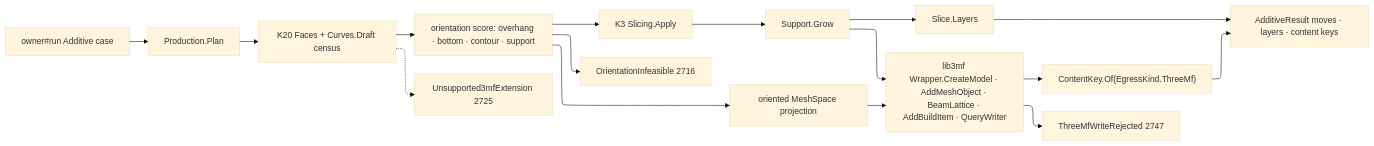
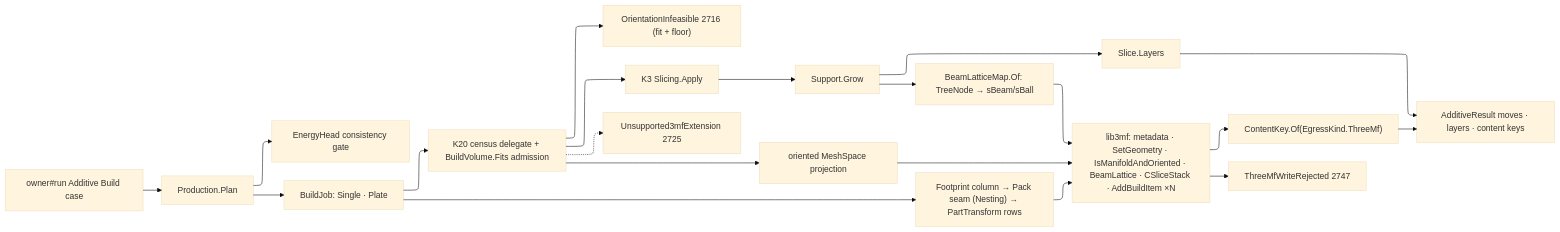
Before and after one commit to bsamiee/Rasm: the diagram in libs/csharp/Rasm.Fabrication/.planning/Additive/production.md, drawn with Mermaid. The commit also changed other lines of this file and 79 other files, not shown here.

First line of the commit message:
snapshot: rebuild run mid-Build (impl landed, crit running) + fleet telemetry retrofit + rebuild-next observation fixes

````diff
--- a/libs/csharp/Rasm.Fabrication/.planning/Additive/production.md
+++ b/libs/csharp/Rasm.Fabrication/.planning/Additive/production.md
@@ -258,23 +390,27 @@
 ```mermaid
 ---
 config:
   layout: elk
   theme: base
 ---
 flowchart LR
-    Input["owner#run Additive case"] --> Plan["Production.Plan"]
-    Plan --> Orient["K20 Faces + Curves.Draft census"]
-    Orient --> Select["orientation score: overhang · bottom · contour · support"]
-    Select --> SliceOp["K3 Slicing.Apply"]
+    Input["owner#run Additive Build case"] --> Plan["Production.Plan"]
+    Plan --> Head["EnergyHead consistency gate"]
+    Plan --> Job["BuildJob: Single · Plate"]
+    Job --> Orient["K20 census delegate + BuildVolume.Fits admission"]
+    Orient --> Reject["OrientationInfeasible 2716 (fit + floor)"]
+    Orient --> SliceOp["K3 Slicing.Apply"]
     SliceOp --> Support["Support.Grow"]
     Support --> Layers["Slice.Layers"]
-    Select --> Mesh["oriented MeshSpace projection"]
-    Mesh --> Writer["lib3mf Wrapper.CreateModel · AddMeshObject · BeamLattice · AddBuildItem · QueryWriter"]
-    Support --> Writer
+    Support --> Lattice["BeamLatticeMap.Of: TreeNode → sBeam/sBall"]
+    Job --> Packed["Footprint column → Pack seam (Nesting) → PartTransform rows"]
+    Orient --> Mesh["oriented MeshSpace projection"]
+    Mesh --> Writer["lib3mf: metadata · SetGeometry · IsManifoldAndOriented · BeamLattice · CSliceStack · AddBuildItem ×N"]
+    Lattice --> Writer
+    Packed --> Writer
     Layers --> Result["AdditiveResult moves · layers · content keys"]
     Writer --> Key["ContentKey.Of(EgressKind.ThreeMf)"]
     Key --> Result
     Writer --> Fault["ThreeMfWriteRejected 2747"]
     Orient -.-> Probe["Unsupported3mfExtension 2725"]
-    Select --> Reject["OrientationInfeasible 2716"]
 ```
````
